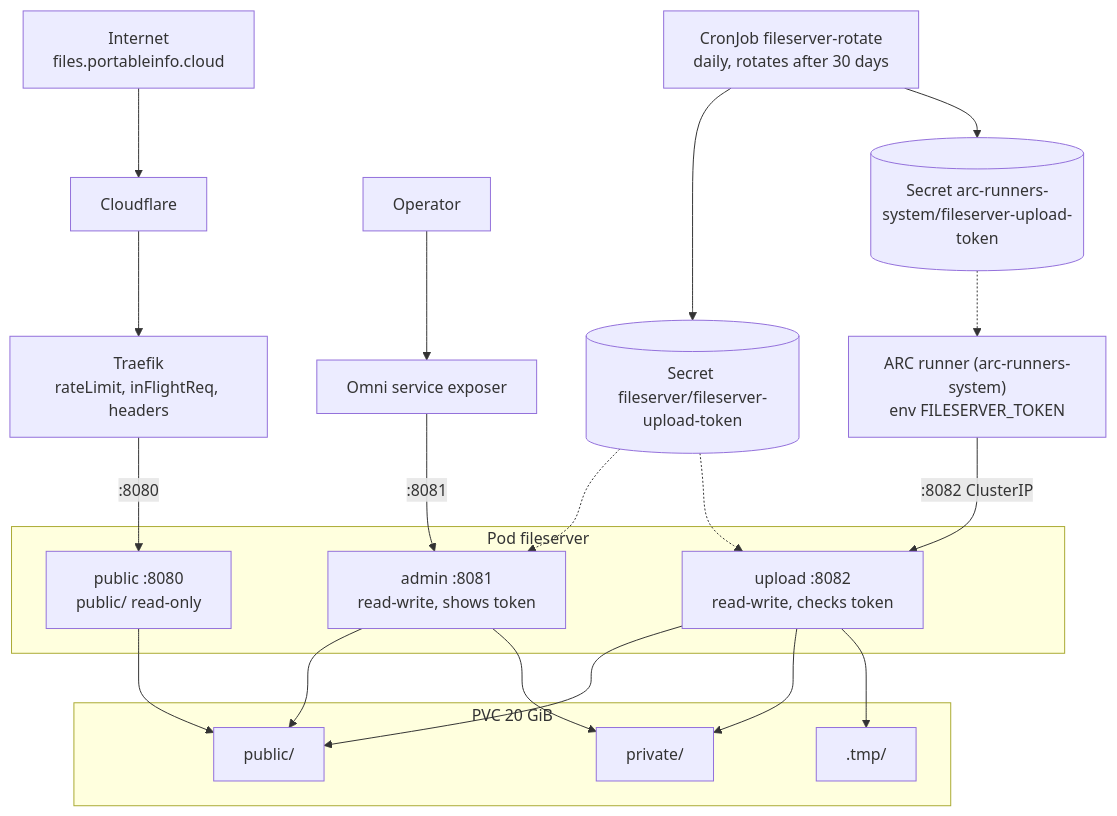
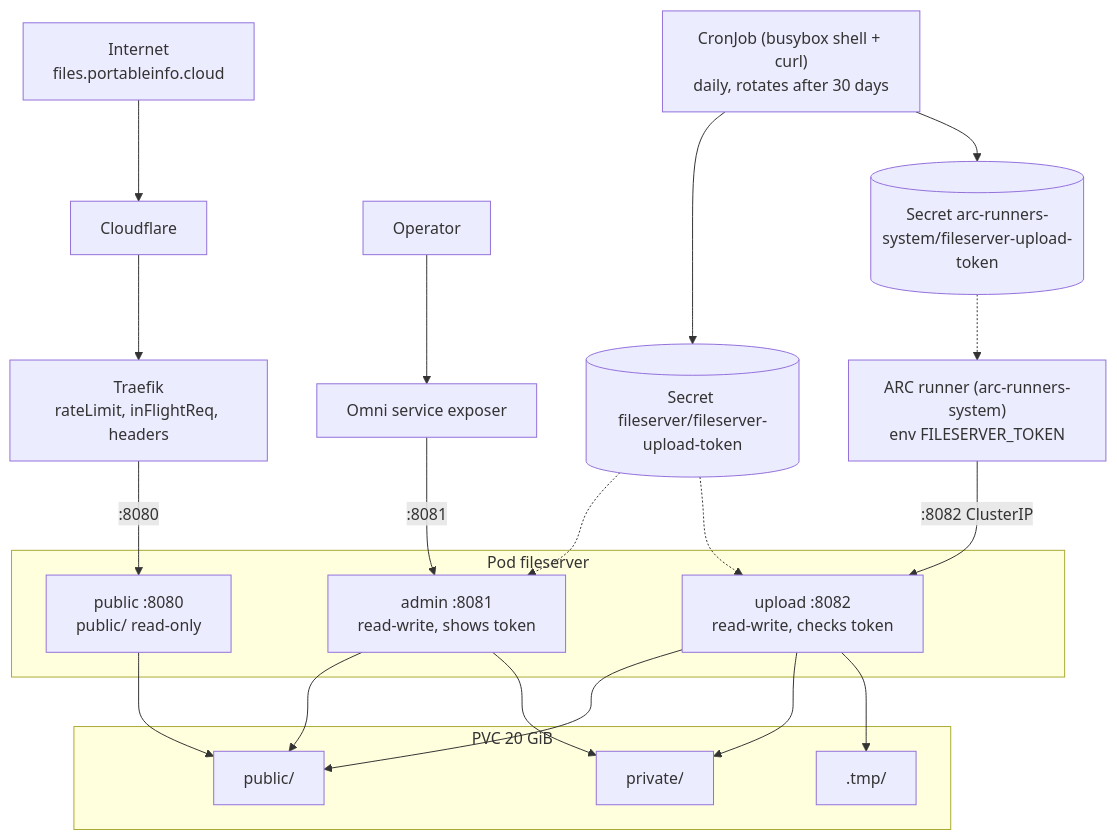
One commit to cthtrifork/talos-gitops changed the diagram in images/fileserver/README.md. Above: the diagram before and after it, drawn with Mermaid. The commit also changed other lines of this file and 6 other files, not shown here.

````diff
--- a/images/fileserver/README.md
+++ b/images/fileserver/README.md
@@ -15,28 +14,28 @@
 ```mermaid
 flowchart TB
     NET["Internet<br/>files.portableinfo.cloud"] --> CF["Cloudflare"] --> TR["Traefik<br/>rateLimit, inFlightReq, headers"]
     OP["Operator"] --> OMNI["Omni service exposer"]
     RUN["ARC runner (arc-runners-system)<br/>env FILESERVER_TOKEN"]
-    CJ["CronJob fileserver-rotate<br/>daily, rotates after 30 days"]
+    CJ["CronJob (busybox shell + curl)<br/>daily, rotates after 30 days"]
     subgraph POD["Pod fileserver"]
         PUB["public :8080<br/>public/ read-only"]
         ADM["admin :8081<br/>read-write, shows token"]
         UPL["upload :8082<br/>read-write, checks token"]
     end
     S1[("Secret fileserver/fileserver-upload-token")]
     S2[("Secret arc-runners-system/fileserver-upload-token")]
     subgraph PVC["PVC 20 GiB"]
         D1["public/"]
         D2["private/"]
         D3[".tmp/"]
     end
     TR -->|":8080"| PUB
     OMNI -->|":8081"| ADM
     RUN -->|":8082 ClusterIP"| UPL
     CJ --> S1 & S2
     S1 -.-> ADM & UPL
     S2 -.-> RUN
     PUB --> D1
     ADM --> D1 & D2
     UPL --> D1 & D2 & D3
 ```
````
